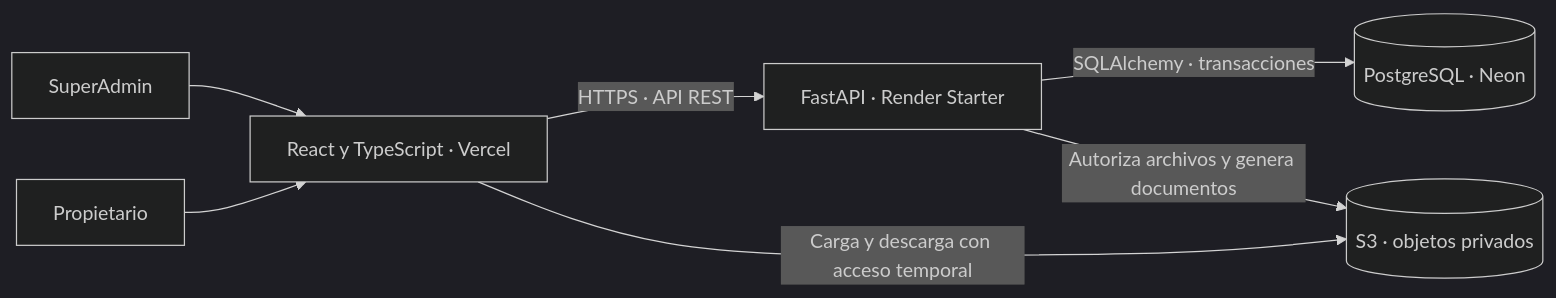
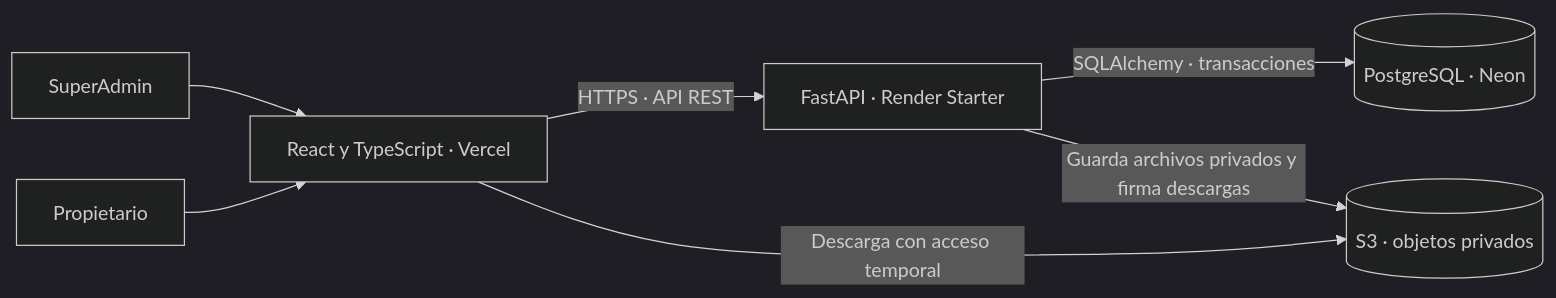
Before and after one commit to steveespinoza/GESTION-DE-EDIFICIOS: the first of 3 diagrams in docs/arquitectura.md, drawn with Mermaid (dark theme). The commit also changed other lines of this file and 22 other files, not shown here.

Commit message:
feat(facturas): adjuntar archivos y comprobantes privados

````diff
--- a/docs/arquitectura.md
+++ b/docs/arquitectura.md
@@ -7,9 +7,9 @@
 ```mermaid
 flowchart LR
     Admin["SuperAdmin"] --> Web["React y TypeScript · Vercel"]
     Owner["Propietario"] --> Web
     Web -->|"HTTPS · API REST"| Api["FastAPI · Render Starter"]
     Api -->|"SQLAlchemy · transacciones"| Db[("PostgreSQL · Neon")]
-    Api -->|"Autoriza archivos y genera documentos"| Storage[("S3 · objetos privados")]
-    Web -->|"Carga y descarga con acceso temporal"| Storage
+    Api -->|"Guarda archivos privados y firma descargas"| Storage[("S3 · objetos privados")]
+    Web -->|"Descarga con acceso temporal"| Storage
 ```
````
